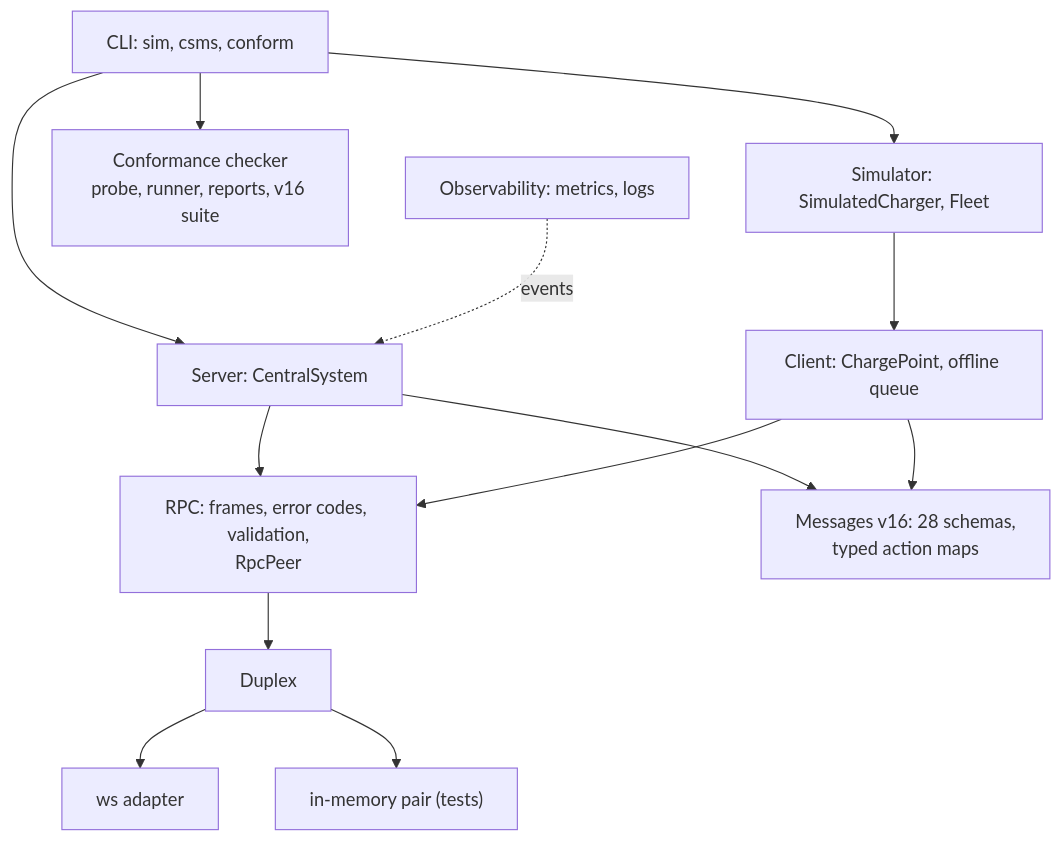
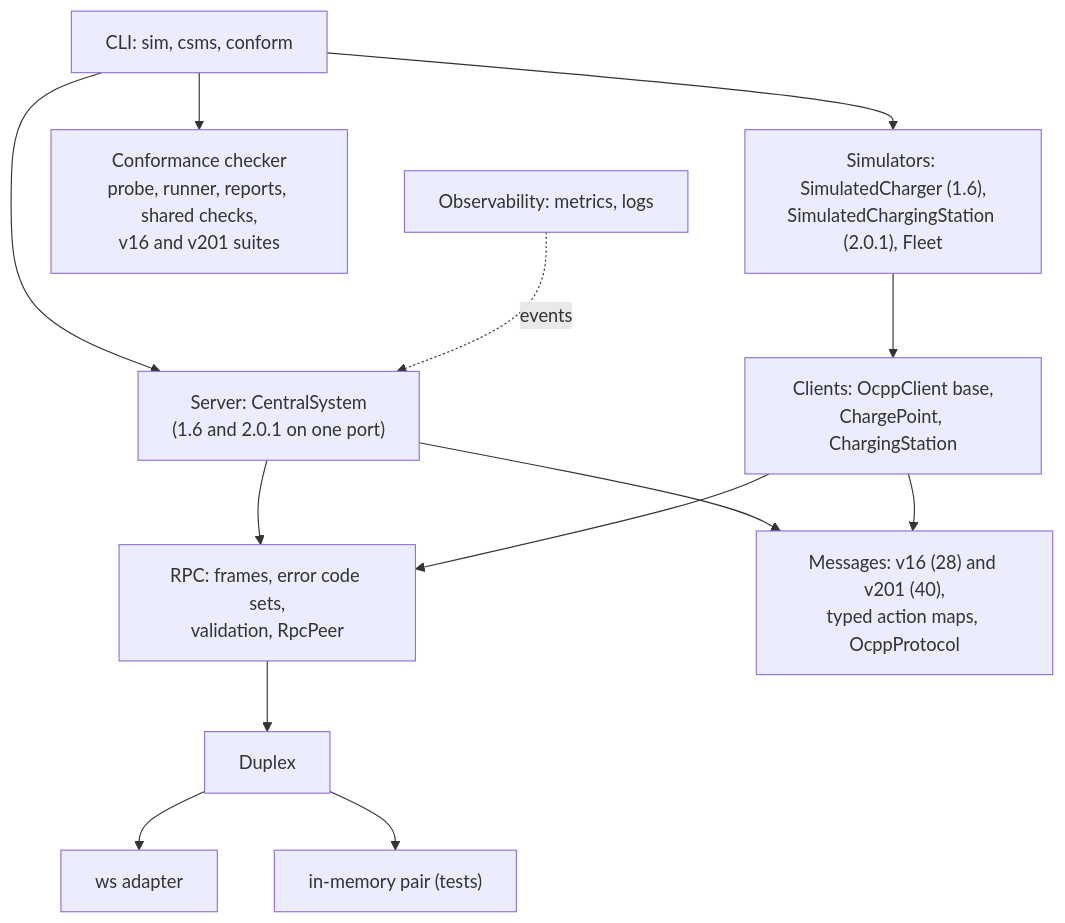
The diagram in README.md (houssammehdi/ocpp-kit), drawn with Mermaid before and after one commit. The commit also changed other lines of this file and 1 other file, not shown here.

First line of the commit message:
docs(readme): OCPP 2.0.1 usage, coverage and measurements

````diff
--- a/README.md
+++ b/README.md
@@ -126,12 +148,12 @@
 ```mermaid
 flowchart TB
   CLI["CLI: sim, csms, conform"] --> SIM & SRV & CONF
-  CONF["Conformance checker<br/>probe, runner, reports, v16 suite"]
-  SIM["Simulator: SimulatedCharger, Fleet"] --> CLT
+  CONF["Conformance checker<br/>probe, runner, reports, shared checks,<br/>v16 and v201 suites"]
+  SIM["Simulators: SimulatedCharger (1.6),<br/>SimulatedChargingStation (2.0.1), Fleet"] --> CLT
   OBS["Observability: metrics, logs"] -. events .-> SRV
-  SRV["Server: CentralSystem"] --> RPC
-  CLT["Client: ChargePoint, offline queue"] --> RPC
-  SRV & CLT --> MSG["Messages v16: 28 schemas,<br/>typed action maps"]
-  RPC["RPC: frames, error codes, validation,<br/>RpcPeer"] --> DPX["Duplex"]
+  SRV["Server: CentralSystem<br/>(1.6 and 2.0.1 on one port)"] --> RPC
+  CLT["Clients: OcppClient base,<br/>ChargePoint, ChargingStation"] --> RPC
+  SRV & CLT --> MSG["Messages: v16 (28) and v201 (40),<br/>typed action maps, OcppProtocol"]
+  RPC["RPC: frames, error code sets,<br/>validation, RpcPeer"] --> DPX["Duplex"]
   DPX --> WS["ws adapter"] & MEM["in-memory pair (tests)"]
 ```
````
